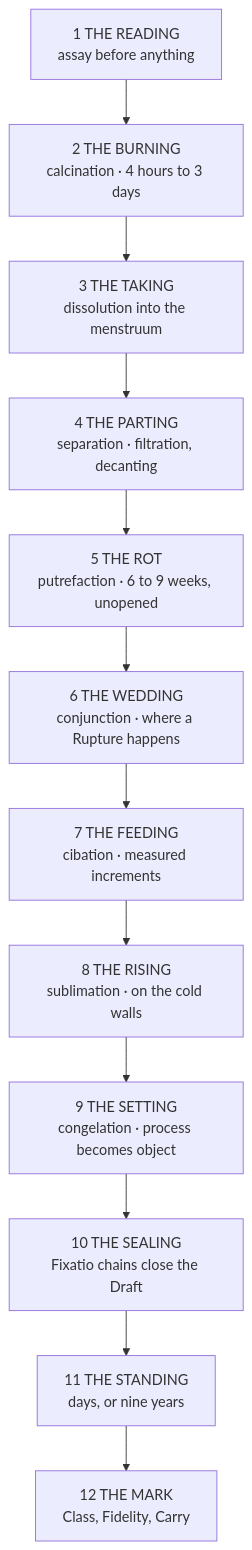
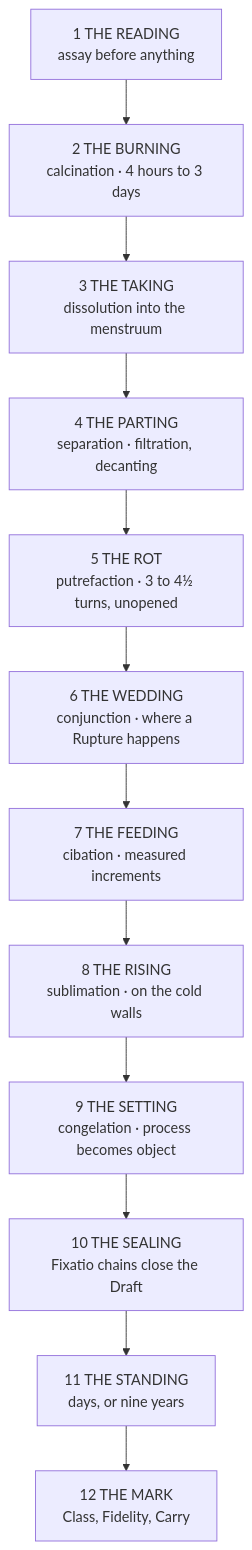
Before and after one commit to vispotvision/wotr-rule-index: the diagram in wiki/Materials, Alchemy & Trade/Alchemetrica.md, drawn with Mermaid. The commit also changed other lines of this file and 9 other files, not shown here.

````diff
--- a/wiki/Materials, Alchemy & Trade/Alchemetrica.md
+++ b/wiki/Materials, Alchemy & Trade/Alchemetrica.md
@@ -110,14 +143,14 @@
 ```mermaid
 flowchart TD
     R["1 THE READING<br>assay before anything"] --> B["2 THE BURNING<br>calcination · 4 hours to 3 days"]
     B --> T["3 THE TAKING<br>dissolution into the menstruum"]
     T --> P["4 THE PARTING<br>separation · filtration, decanting"]
-    P --> RO["5 THE ROT<br>putrefaction · 6 to 9 weeks, unopened"]
+    P --> RO["5 THE ROT<br>putrefaction · 3 to 4½ turns, unopened"]
     RO --> W["6 THE WEDDING<br>conjunction · where a Rupture happens"]
     W --> F["7 THE FEEDING<br>cibation · measured increments"]
     F --> RI["8 THE RISING<br>sublimation · on the cold walls"]
     RI --> S["9 THE SETTING<br>congelation · process becomes object"]
     S --> SE["10 THE SEALING<br>Fixatio chains close the Draft"]
     SE --> ST["11 THE STANDING<br>days, or nine years"]
     ST --> M["12 THE MARK<br>Class, Fidelity, Carry"]
 ```
````
